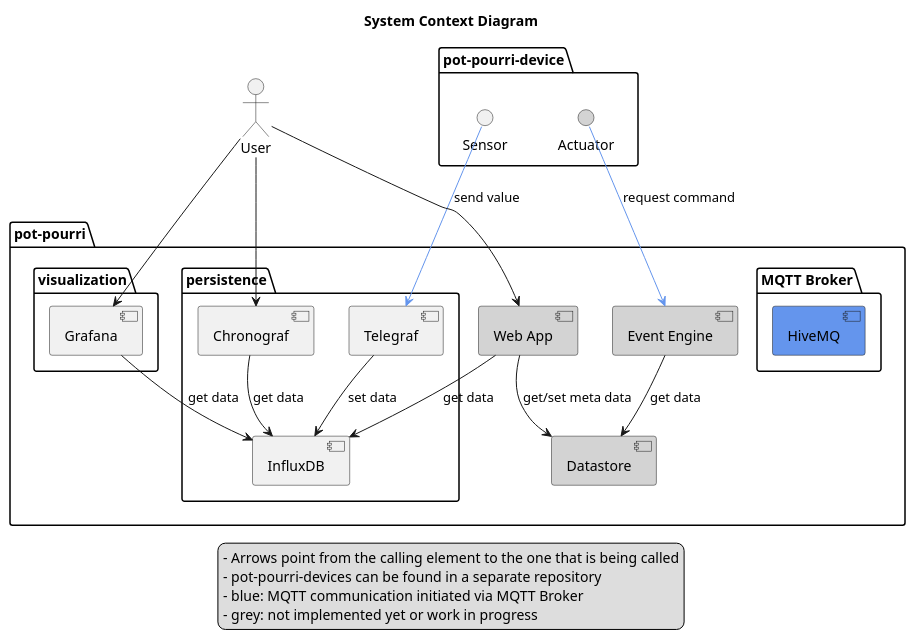
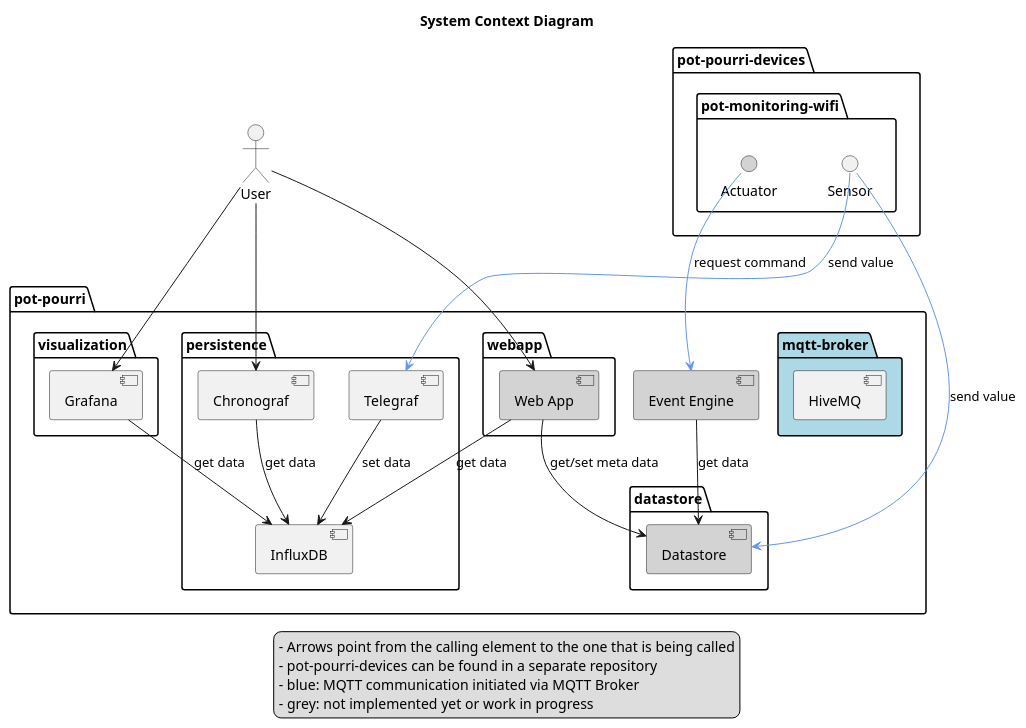
Before and after one commit to frederikheld/pot-pourri: the diagram in docs/system_context.plantuml, drawn with PlantUML. The commit also changed 1 other file, not shown here.

```diff
--- a/docs/system_context.plantuml
+++ b/docs/system_context.plantuml
@@ -1,57 +1,66 @@
 @startuml
 skinparam componentStyle uml2
 
 title System Context Diagram
 
 actor User
 
 package "pot-pourri" {
-    [Web App] #LightGrey
     [Event Engine] #LightGrey
-    [Datastore] #LightGrey
 
-    package "MQTT Broker" {
-        [HiveMQ] as MQTTBroker #CornflowerBlue
+    package "mqtt-broker" #LightBlue {  
+        [HiveMQ] as MQTTBroker
     }
 
     package "persistence" {
         [InfluxDB]
         [Telegraf]
         [Chronograf]
     }
     
     package "visualization" {
         [Grafana]
     }
+
+    package "webapp" {
+        [Web App] #LightGrey
+    }
+
+    package "datastore" {
+        [Datastore] #LightGrey
+    }
 }
 
-package "pot-pourri-device" {
-    () "Sensor"
-    () "Actuator" #LightGrey
+package "pot-pourri-devices" {
+    package "pot-monitoring-wifi" {
+        () "Sensor"
+        () "Actuator" #LightGrey
+    }
 }
 
 User --> [Grafana]
 User --> [Chronograf]
 
 [Grafana] --> [InfluxDB] : get data
 [Chronograf] --> [InfluxDB] : get data
 
 [Sensor] --> [Telegraf] #CornflowerBlue : send value
+[Sensor] --> [Datastore] #CornflowerBlue : send value
 [Telegraf] --> [InfluxDB] : set data
 
 User --> [Web App]
 [Web App] --> [Datastore] : get/set meta data
 [Web App] --> [InfluxDB] : get data
 
 [Event Engine] --> [Datastore] : get data
 [Actuator] --> [Event Engine] #CornflowerBlue : request command
 
 legend 
     - Arrows point from the calling element to the one that is being called
     - pot-pourri-devices can be found in a separate repository
     - blue: MQTT communication initiated via MQTT Broker
     - grey: not implemented yet or work in progress
     'Devices have to call other participants in order to allow energy savings with deep-sleep mode.
     'Deep-sleep mode might not be relevant for Actuators since they will need a lot more energy and therefore an external power supply.
 endlegend
 @enduml
```
